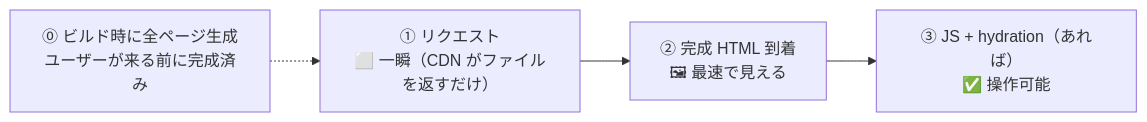
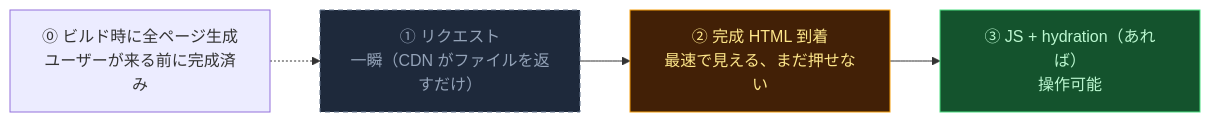
One commit to O6lvl4/O6lvl4-knowledge changed the fourth of 5 diagrams in vault/rendering-phases.md. Above: the diagram before and after it, drawn with Mermaid. The commit also changed other lines of this file, not shown here.

Commit message:
フェーズ全体図の絵文字を状態別の色分けに変更

````diff
--- a/vault/rendering-phases.md
+++ b/vault/rendering-phases.md
@@ -54,6 +75,12 @@
 ```mermaid
 graph LR
     Z["⓪ ビルド時に全ページ生成<br/>ユーザーが来る前に完成済み"] -.-> A
-    A["① リクエスト<br/>⬜ 一瞬（CDN がファイルを返すだけ）"] --> B["② 完成 HTML 到着<br/>🖼 最速で見える"]
-    B --> C["③ JS + hydration（あれば）<br/>✅ 操作可能"]
+    A["① リクエスト<br/>一瞬（CDN がファイルを返すだけ）"] --> B["② 完成 HTML 到着<br/>最速で見える、まだ押せない"]
+    B --> C["③ JS + hydration（あれば）<br/>操作可能"]
+    classDef blank fill:#1E293B,stroke:#64748B,stroke-dasharray: 5 4,color:#94A3B8
+    classDef visible fill:#422006,stroke:#F59E0B,color:#FDE68A
+    classDef ready fill:#14532D,stroke:#4ADE80,color:#BBF7D0
+    class A blank
+    class B visible
+    class C ready
 ```
````
